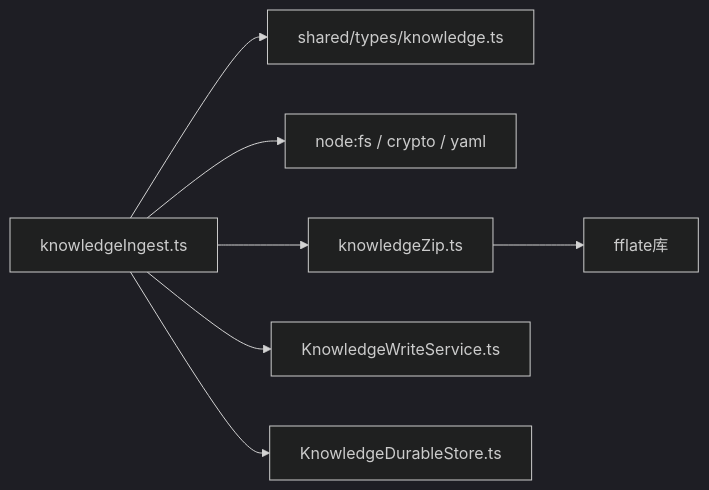
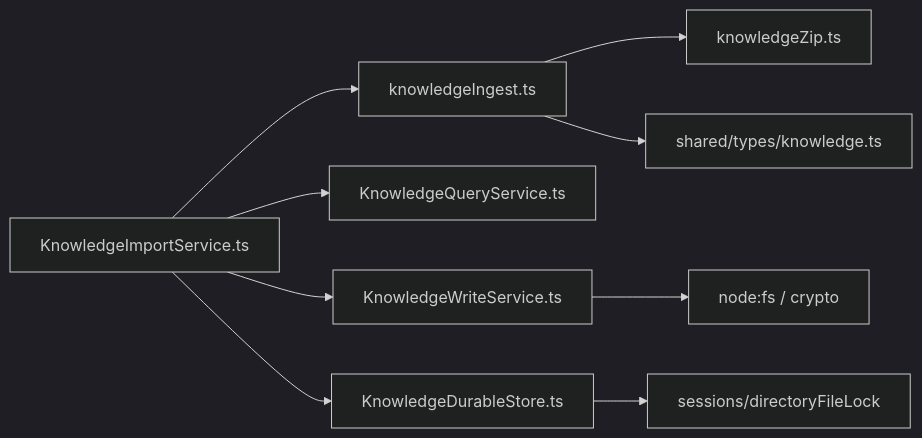
One commit to haolange/RDC-Agent changed the fourth of 4 diagrams in .qoder/repowiki/zh/content/架构设计/核心组件设计/知识编译服务设计/冷数据导入.md. Above: the diagram before and after it, drawn with Mermaid (dark theme). The commit also changed other lines of this file and 6 other files, not shown here.

````diff
--- a/.qoder/repowiki/zh/content/架构设计/核心组件设计/知识编译服务设计/冷数据导入.md
+++ b/.qoder/repowiki/zh/content/架构设计/核心组件设计/知识编译服务设计/冷数据导入.md
@@ -285,9 +304,11 @@
 ```mermaid
 graph LR
-KI["knowledgeIngest.ts"] --> T["shared/types/knowledge.ts"]
-KI --> FS["node:fs / crypto / yaml"]
+KIS["KnowledgeImportService.ts"] --> KI["knowledgeIngest.ts"]
+KIS --> KQS["KnowledgeQueryService.ts"]
+KIS --> KWS["KnowledgeWriteService.ts"]
+KIS --> KDS["KnowledgeDurableStore.ts"]
 KI --> KZ["knowledgeZip.ts"]
-KI --> WS["KnowledgeWriteService.ts"]
-KI --> DS["KnowledgeDurableStore.ts"]
-KZ --> FF["fflate库"]
+KI --> T["shared/types/knowledge.ts"]
+KWS --> FS["node:fs / crypto"]
+KDS --> SL["sessions/directoryFileLock"]
 ```
````
